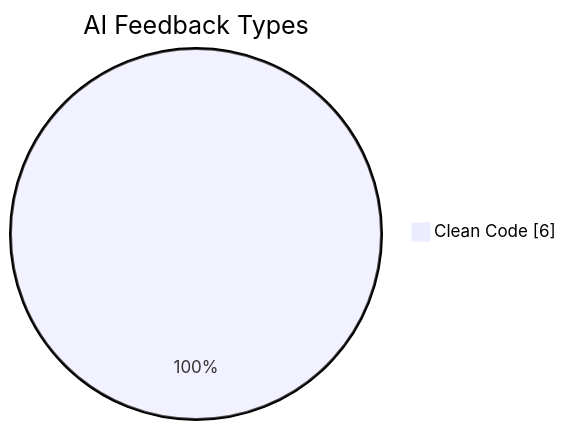
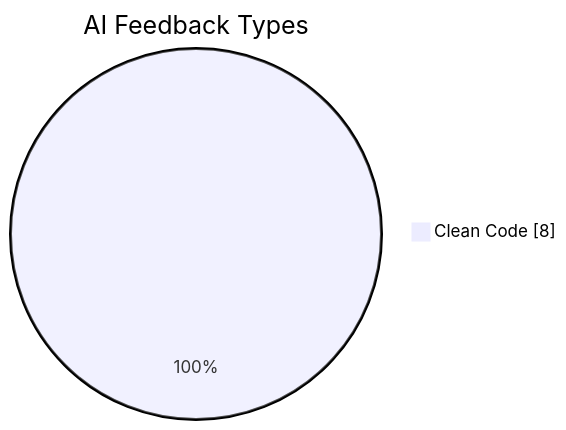
Before and after one commit to JakubPawinski/gitcode-solutions: the fourth of 6 diagrams in README.md, drawn with Mermaid. The commit also changed other lines of this file, not shown here.

````diff
--- a/README.md
+++ b/README.md
@@ -164,5 +164,5 @@
 ```mermaid
 pie showData
     title AI Feedback Types
-    "Clean Code" : 6
+    "Clean Code" : 8
 ```
````
